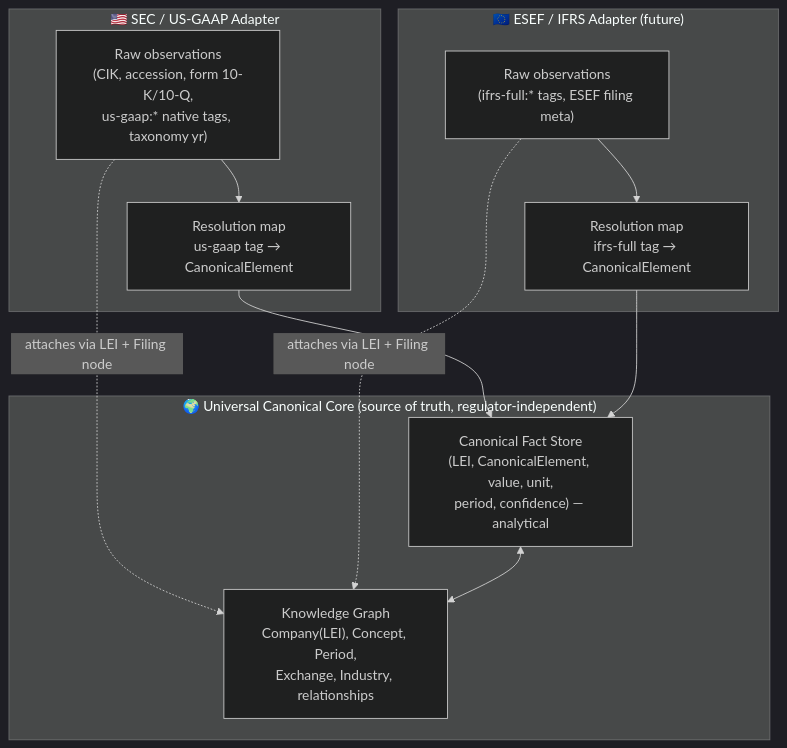
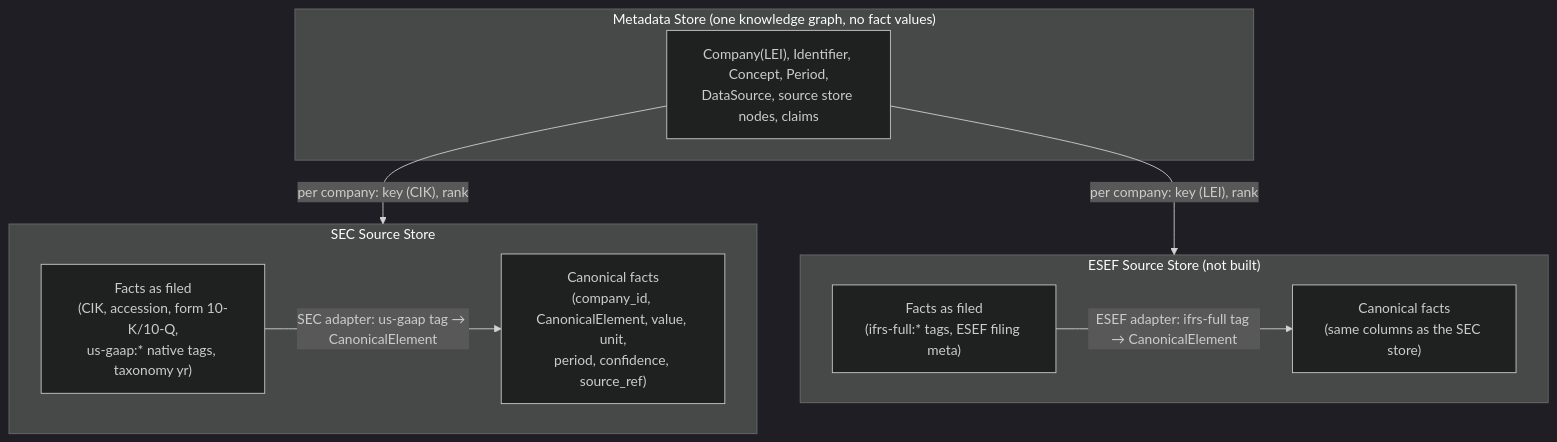
One commit to ironcapitaleu/arkad changed the first of 4 diagrams in sec/design/data_model/hybrid_data_model.md. Above: the diagram before and after it, drawn with Mermaid (dark theme). The commit also changed other lines of this file, not shown here.

First line of the commit message:
doc(data-model): describe gold as one metadata store over source stores

````diff
--- a/sec/design/data_model/hybrid_data_model.md
+++ b/sec/design/data_model/hybrid_data_model.md
@@ -62,20 +60,18 @@
 ```mermaid
 flowchart TB
-  subgraph CORE["🌍 Universal Canonical Core (source of truth, regulator-independent)"]
-    KG["Knowledge Graph\nCompany(LEI), Concept, Period,\nExchange, Industry, relationships"]
-    AF["Canonical Fact Store\n(LEI, CanonicalElement, value, unit,\nperiod, confidence) — analytical"]
+  subgraph META["Metadata Store (one knowledge graph, no fact values)"]
+    KG["Company(LEI), Identifier, Concept, Period,\nDataSource, source store nodes, claims"]
   end
-  subgraph SEC["🇺🇸 SEC / US-GAAP Adapter"]
-    SECraw["Raw observations\n(CIK, accession, form 10-K/10-Q,\nus-gaap:* native tags, taxonomy yr)"]
-    SECmap["Resolution map\nus-gaap tag → CanonicalElement"]
+  subgraph SEC["SEC Source Store"]
+    SECraw["Facts as filed\n(CIK, accession, form 10-K/10-Q,\nus-gaap:* native tags, taxonomy yr)"]
+    SECcan["Canonical facts\n(company_id, CanonicalElement, value, unit,\nperiod, confidence, source_ref)"]
   end
-  subgraph ESEF["🇪🇺 ESEF / IFRS Adapter (future)"]
-    ESEFraw["Raw observations\n(ifrs-full:* tags, ESEF filing meta)"]
-    ESEFmap["Resolution map\nifrs-full tag → CanonicalElement"]
+  subgraph ESEF["ESEF Source Store (not built)"]
+    ESEFraw["Facts as filed\n(ifrs-full:* tags, ESEF filing meta)"]
+    ESEFcan["Canonical facts\n(same columns as the SEC store)"]
   end
-  SECraw --> SECmap --> AF
-  ESEFraw --> ESEFmap --> AF
-  SECraw -. "attaches via LEI + Filing node" .-> KG
-  ESEFraw -. "attaches via LEI + Filing node" .-> KG
-  AF <--> KG
+  SECraw -- "SEC adapter: us-gaap tag → CanonicalElement" --> SECcan
+  ESEFraw -- "ESEF adapter: ifrs-full tag → CanonicalElement" --> ESEFcan
+  KG -- "per company: key (CIK), rank" --> SEC
+  KG -- "per company: key (LEI), rank" --> ESEF
 ```
````
